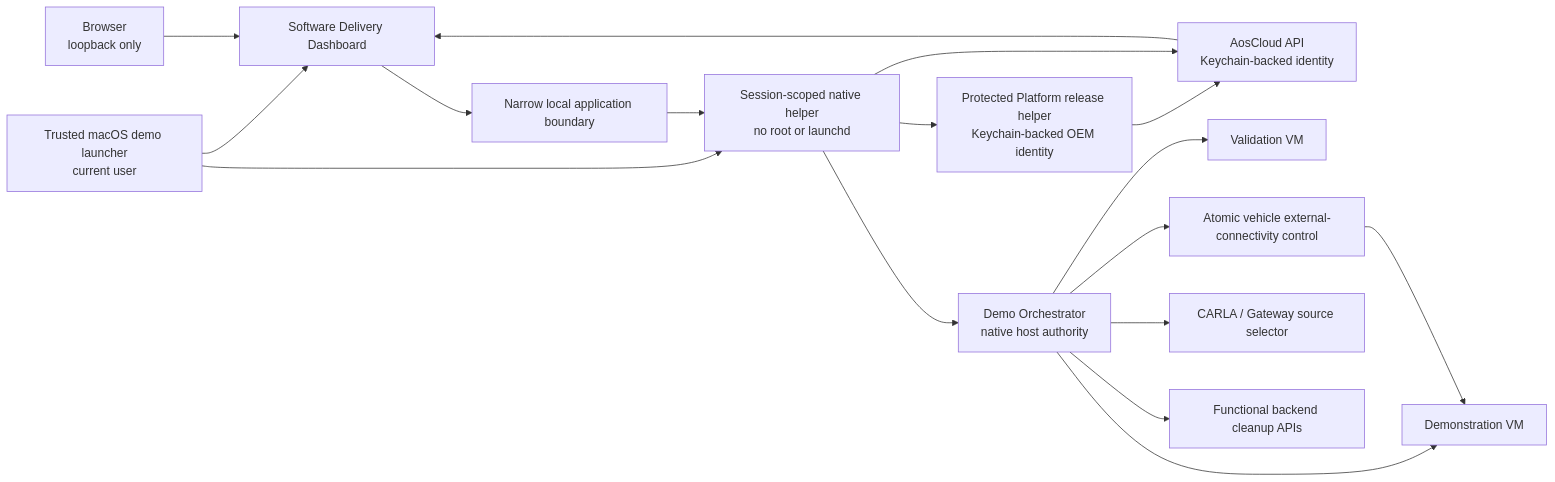
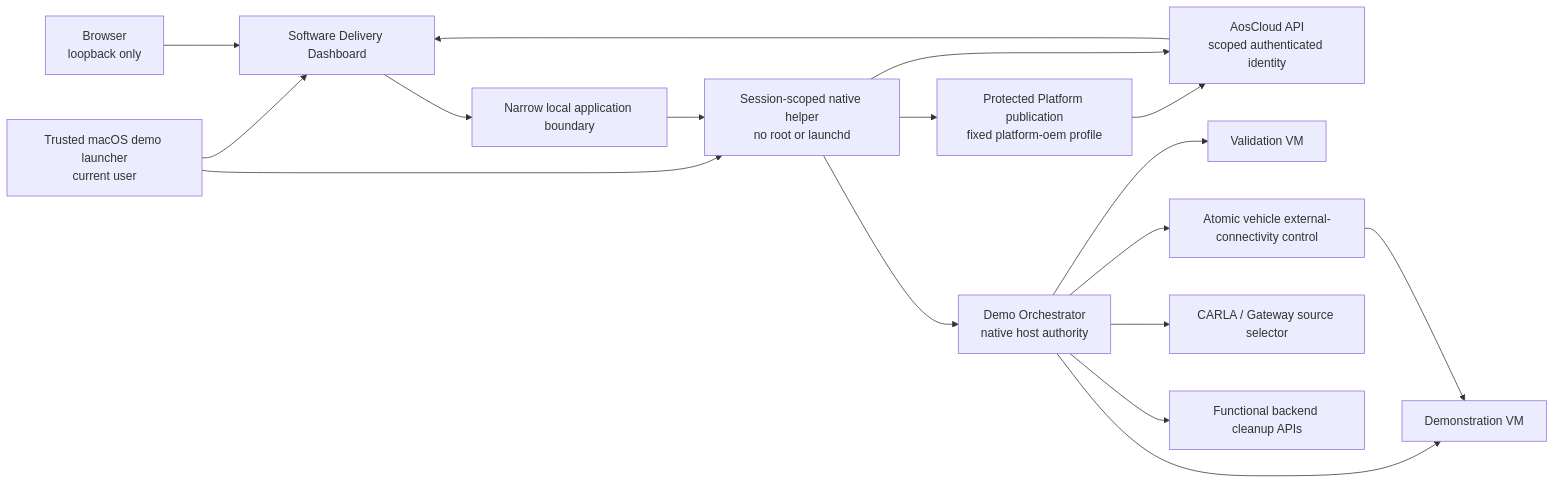
One commit to alexmaninblack/aosedge-sdv-demo changed the diagram in docs/requirements/components/demo-orchestration.md. Above: the diagram before and after it, drawn with Mermaid. The commit also changed other lines of this file and 60 other files, not shown here.

````diff
--- a/docs/requirements/components/demo-orchestration.md
+++ b/docs/requirements/components/demo-orchestration.md
@@ -75,19 +76,19 @@
 ```mermaid
 flowchart LR
     L["Trusted macOS demo launcher<br/>current user"] --> SW
     L --> H["Session-scoped native helper<br/>no root or launchd"]
     B["Browser<br/>loopback only"] --> SW["Software Delivery Dashboard"]
     SW --> API["Narrow local application boundary"]
     API --> H
     H --> OR["Demo Orchestrator<br/>native host authority"]
-    H --> PH["Protected Platform release helper<br/>Keychain-backed OEM identity"]
+    H --> PH["Protected Platform publication<br/>fixed platform-oem profile"]
     PH --> AC
-    H --> AC["AosCloud API<br/>Keychain-backed identity"]
+    H --> AC["AosCloud API<br/>scoped authenticated identity"]
     OR --> VU["Validation VM"]
     OR --> DU["Demonstration VM"]
     OR --> XC["Atomic vehicle external-connectivity control"]
     XC --> DU
     OR --> SRC["CARLA / Gateway source selector"]
     OR --> FB["Functional backend cleanup APIs"]
     AC --> SW
 ```
````
